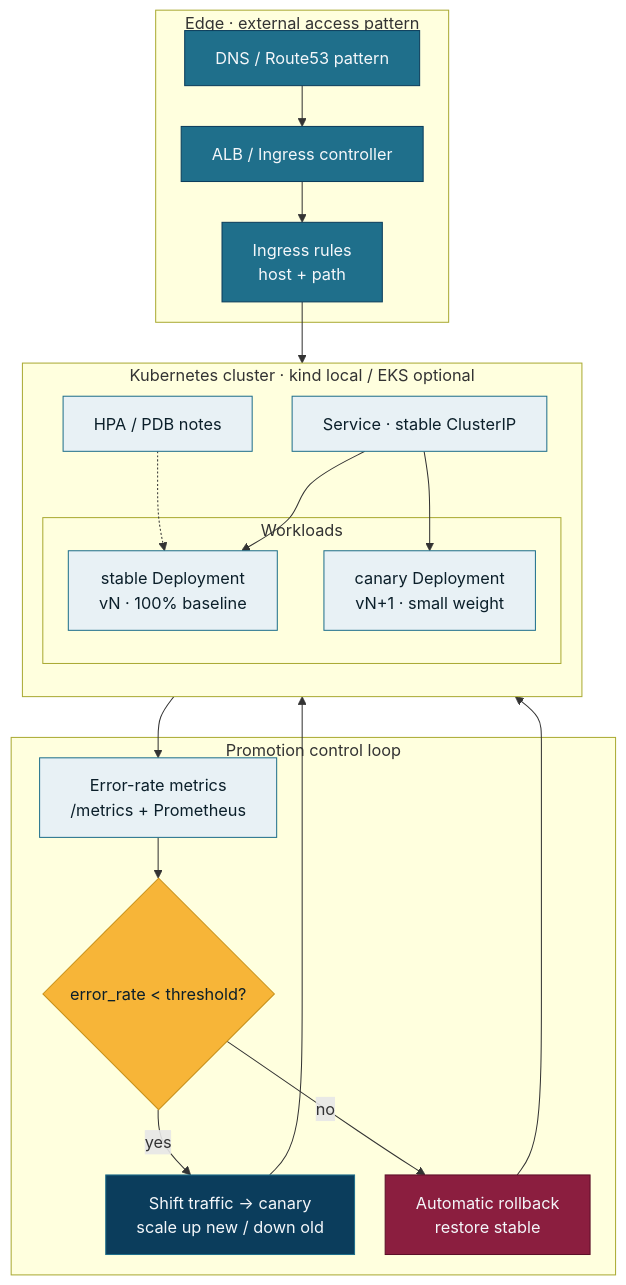
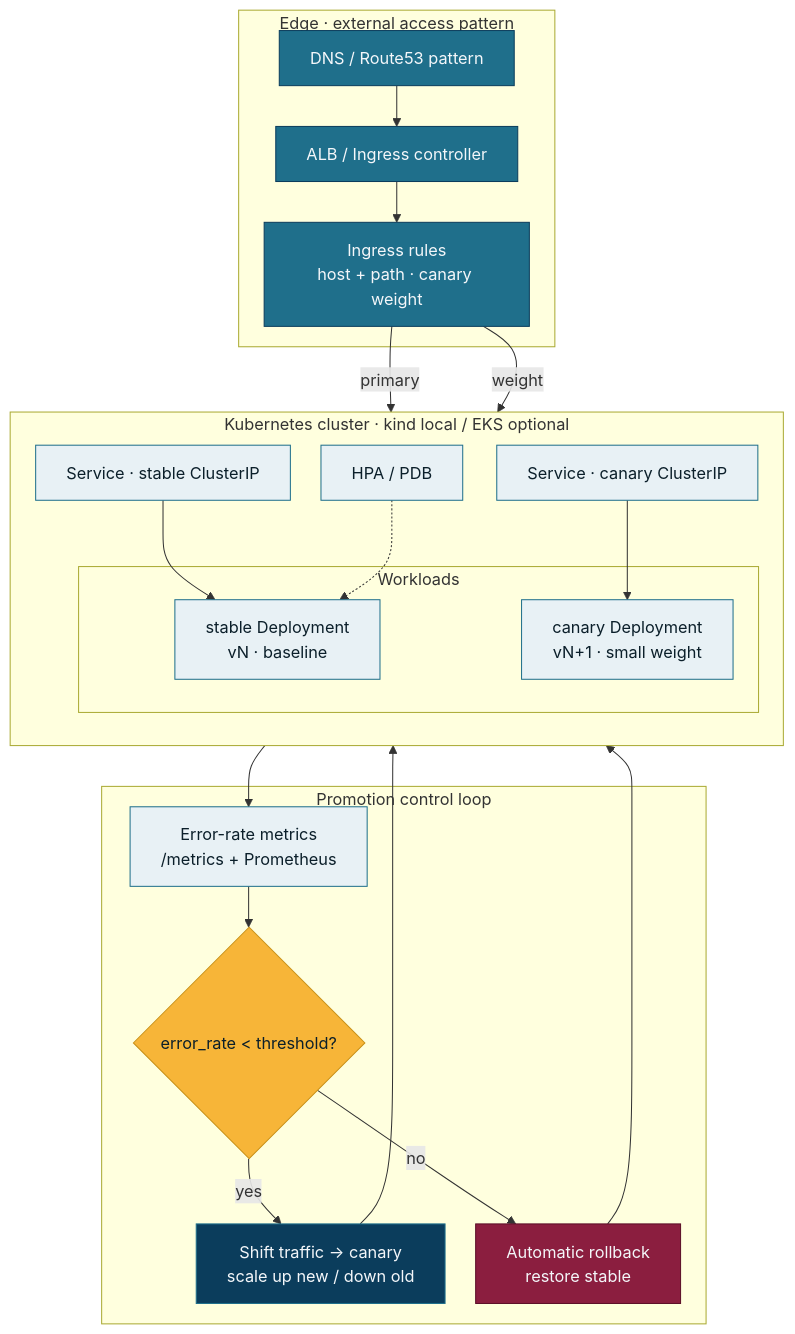
One commit to Anjali-Dwivedi/devops-resume-portfolio changed the diagram in docs/architecture/sources/04-k8s-progressive-delivery.mmd. Above: the diagram before and after it, drawn with Mermaid. The commit also changed 97 other files, not shown here.

```diff
--- a/docs/architecture/sources/04-k8s-progressive-delivery.mmd
+++ b/docs/architecture/sources/04-k8s-progressive-delivery.mmd
@@ -1,45 +1,46 @@
 %%{init: {"flowchart": {"htmlLabels": true, "curve": "basis", "nodeSpacing": 30, "rankSpacing": 40}}}%%
 flowchart TB
   subgraph Edge["Edge · external access pattern"]
     DNS[DNS / Route53 pattern]
     ALB[ALB / Ingress controller]
-    ING[Ingress rules<br/>host + path]
+    ING[Ingress rules<br/>host + path · canary weight]
   end
 
   subgraph Cluster["Kubernetes cluster · kind local / EKS optional"]
     direction TB
-    SVC[Service · stable ClusterIP]
+    SVCS[Service · stable ClusterIP]
+    SVCC[Service · canary ClusterIP]
     subgraph Workloads["Workloads"]
-      STABLE[stable Deployment<br/>vN · 100% baseline]
+      STABLE[stable Deployment<br/>vN · baseline]
       CANARY[canary Deployment<br/>vN+1 · small weight]
     end
-    HPA[HPA / PDB notes]
+    HPA[HPA / PDB]
   end
 
   subgraph Observe["Promotion control loop"]
     METRICS[Error-rate metrics<br/>/metrics + Prometheus]
     GATE{error_rate &lt; threshold?}
     PROMOTE[Shift traffic → canary<br/>scale up new / down old]
     ROLLBACK[Automatic rollback<br/>restore stable]
   end
 
-  DNS --> ALB --> ING --> SVC
-  SVC --> STABLE
-  SVC --> CANARY
+  DNS --> ALB --> ING
+  ING -->|primary| SVCS --> STABLE
+  ING -->|weight| SVCC --> CANARY
   CANARY --> METRICS --> GATE
   GATE -->|yes| PROMOTE
   GATE -->|no| ROLLBACK
   PROMOTE --> STABLE
   ROLLBACK --> STABLE
   HPA -.-> STABLE
 
   classDef edge fill:#1F6F8B,stroke:#0B3D5C,color:#F4F7FA
   classDef work fill:#E8F1F5,stroke:#1F6F8B,color:#0B1F2A
   classDef decide fill:#F7B538,stroke:#C9921A,color:#0B1F2A
   classDef bad fill:#8B1E3F,stroke:#5C0F28,color:#F4F7FA
   classDef good fill:#0B3D5C,stroke:#1F6F8B,color:#F4F7FA
   class DNS,ALB,ING edge
-  class SVC,STABLE,CANARY,HPA,METRICS work
+  class SVCS,SVCC,STABLE,CANARY,HPA,METRICS work
   class GATE decide
   class PROMOTE good
   class ROLLBACK bad
```
